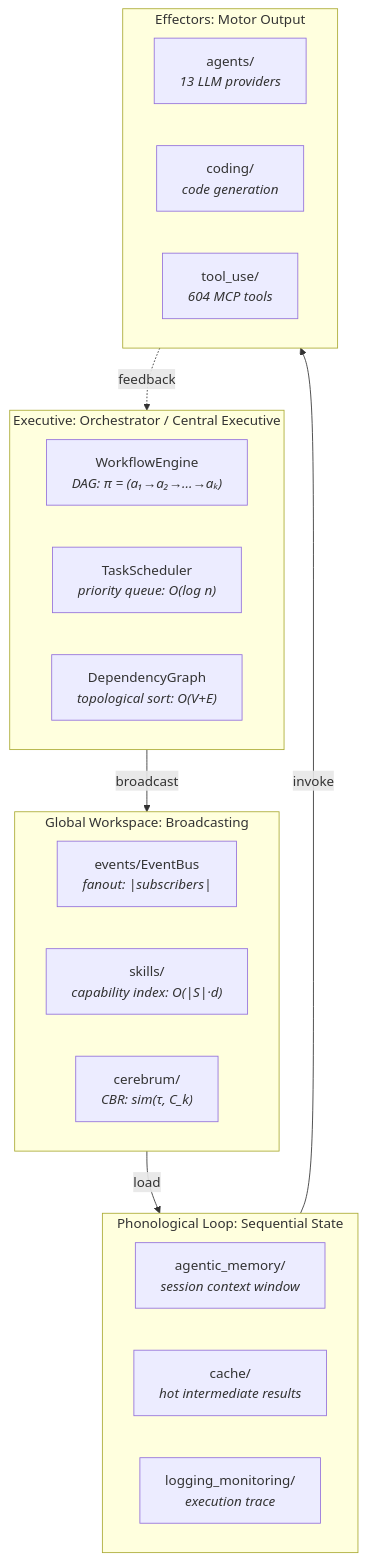
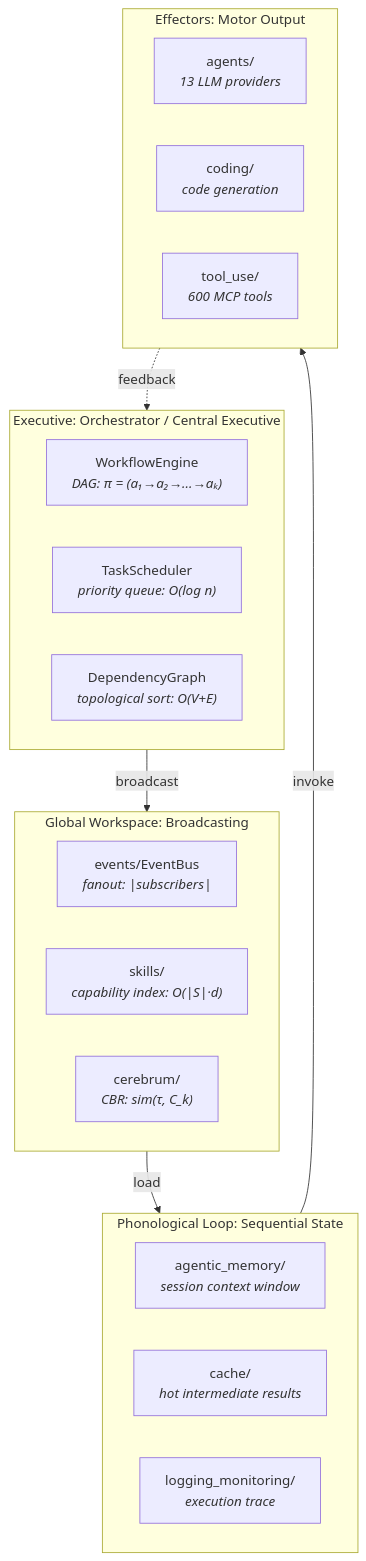
Before and after one commit to docxology/codomyrmex: the first of 2 diagrams in docs/agi/orchestration_as_cognition.md, drawn with Mermaid. The commit also changed 946 other files, not shown here.

````diff
--- a/docs/agi/orchestration_as_cognition.md
+++ b/docs/agi/orchestration_as_cognition.md
@@ -13,31 +13,31 @@
 ```mermaid
 graph TB
     subgraph EXECUTIVE["Executive: Orchestrator / Central Executive"]
         WE["WorkflowEngine<br/><i>DAG: π = (a₁→a₂→...→aₖ)</i>"]
         TS["TaskScheduler<br/><i>priority queue: O(log n)</i>"]
         DG["DependencyGraph<br/><i>topological sort: O(V+E)</i>"]
     end
 
     subgraph WORKSPACE["Global Workspace: Broadcasting"]
         EVENTS["events/EventBus<br/><i>fanout: |subscribers|</i>"]
         SKILLS["skills/<br/><i>capability index: O(|S|·d)</i>"]
         CEREB["cerebrum/<br/><i>CBR: sim(τ, C_k)</i>"]
     end
 
     subgraph PHONOLOGICAL["Phonological Loop: Sequential State"]
         AMEM["agentic_memory/<br/><i>session context window</i>"]
         CACHE["cache/<br/><i>hot intermediate results</i>"]
         LOG["logging_monitoring/<br/><i>execution trace</i>"]
     end
 
     subgraph EFFECTORS["Effectors: Motor Output"]
         AGENTS["agents/<br/><i>13 LLM providers</i>"]
         CODING["coding/<br/><i>code generation</i>"]
-        TOOLS["tool_use/<br/><i>604 MCP tools</i>"]
+        TOOLS["tool_use/<br/><i>600 MCP tools</i>"]
     end
 
     EXECUTIVE -->|"broadcast"| WORKSPACE
     WORKSPACE -->|"load"| PHONOLOGICAL
     PHONOLOGICAL -->|"invoke"| EFFECTORS
     EFFECTORS -.->|"feedback"| EXECUTIVE
 ```
````
